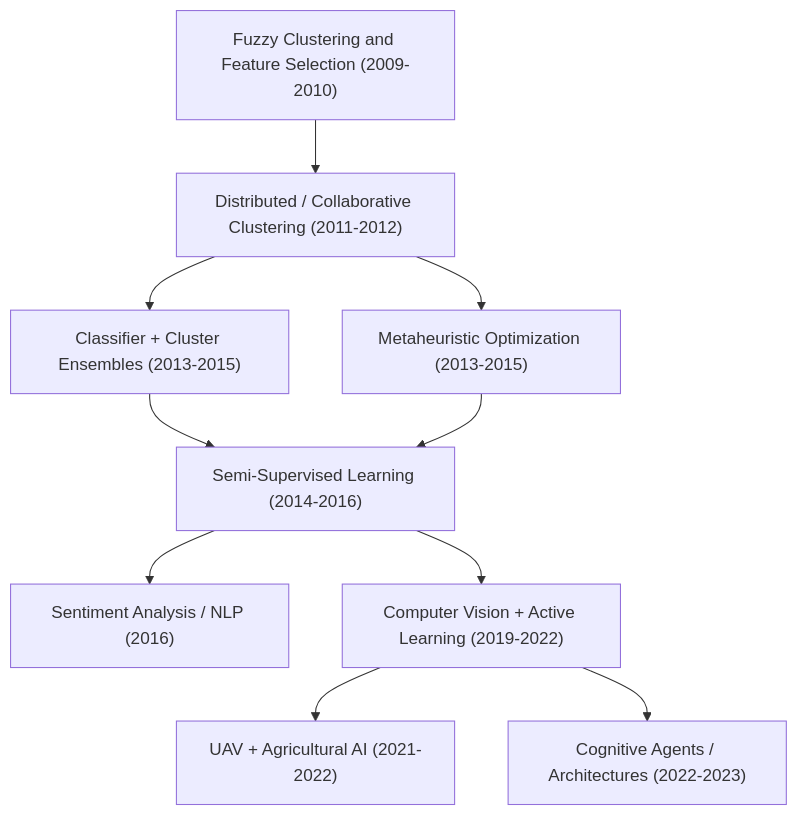
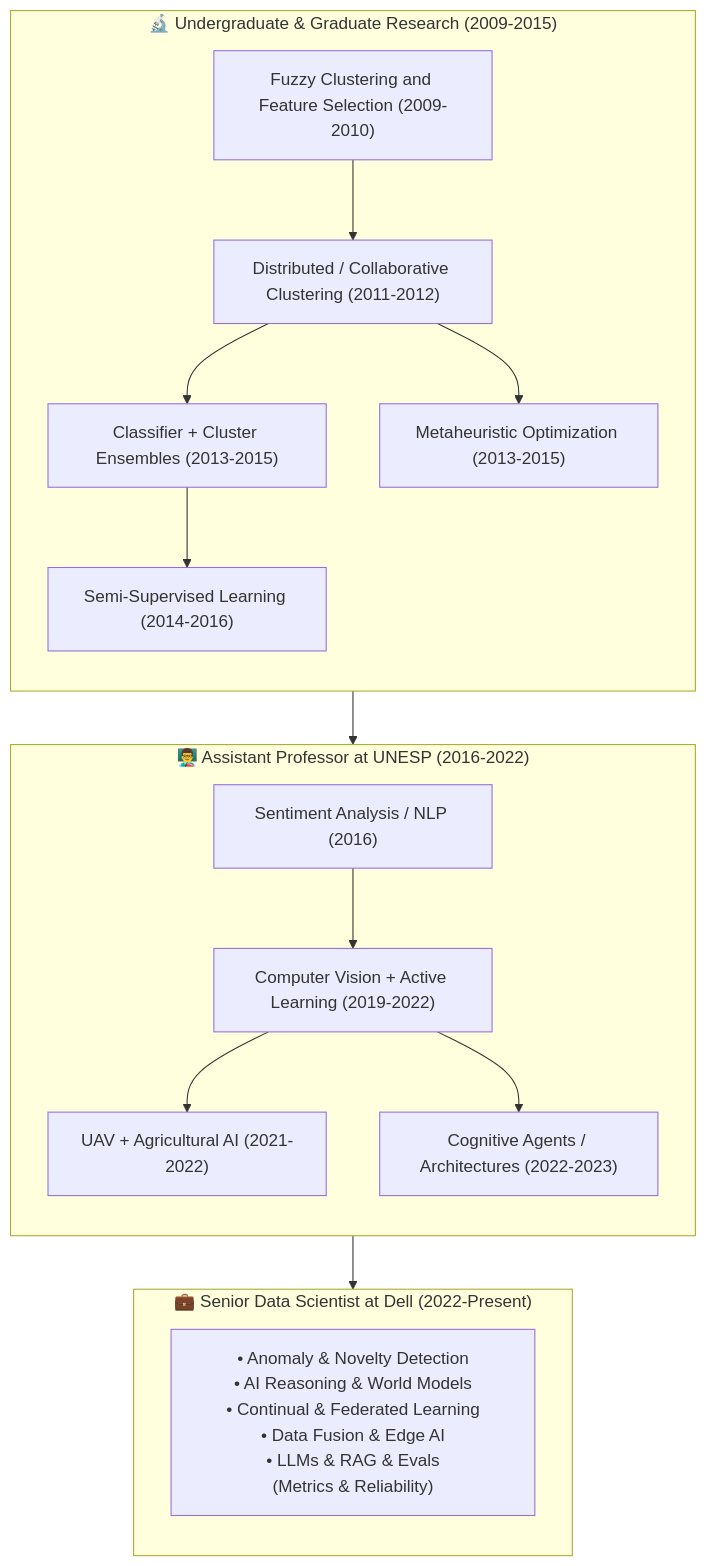
Before and after one commit to luizcoletta/luizcoletta.github.io: the diagram in _pages/publications.md, drawn with Mermaid. The commit also changed other lines of this file, not shown here.

Commit message:
feat: new publications page

```diff
--- a/_pages/publications.md
+++ b/_pages/publications.md
@@ -129,12 +129,26 @@
 <div class="mermaid">
 flowchart TD
-    A["Fuzzy Clustering and Feature Selection (2009-2010)"] --> B["Distributed / Collaborative Clustering (2011-2012)"]
-    B --> C["Classifier + Cluster Ensembles (2013-2015)"]
-    B --> D["Metaheuristic Optimization (2013-2015)"]
-    C --> E["Semi-Supervised Learning (2014-2016)"]
-    D --> E
-    E --> F["Sentiment Analysis / NLP (2016)"]
-    E --> G["Computer Vision + Active Learning (2019-2022)"]
-    G --> H["UAV + Agricultural AI (2021-2022)"]
-    G --> I["Cognitive Agents / Architectures (2022-2023)"]
+    subgraph Phase1["🔬 Undergraduate & Graduate Research (2009-2015)"]
+        direction TB
+        A["Fuzzy Clustering and Feature Selection (2009-2010)"] --> B["Distributed / Collaborative Clustering (2011-2012)"]
+        B --> C["Classifier + Cluster Ensembles (2013-2015)"]
+        B --> D["Metaheuristic Optimization (2013-2015)"]
+        C --> E["Semi-Supervised Learning (2014-2016)"]
+    end
+
+    subgraph Phase2["👨‍🏫 Assistant Professor at UNESP (2016-2022)"]
+        direction TB
+        F["Sentiment Analysis / NLP (2016)"]
+        F --> G["Computer Vision + Active Learning (2019-2022)"]
+        G --> H["UAV + Agricultural AI (2021-2022)"]
+        G --> I["Cognitive Agents / Architectures (2022-2023)"]
+    end
+
+    subgraph Phase3["💼 Senior Data Scientist at Dell (2022-Present)"]
+        direction TB
+        J["<div style='width: 280px'>• Anomaly & Novelty Detection<br/>• AI Reasoning & World Models<br/>• Continual & Federated Learning<br/>• Data Fusion & Edge AI<br/>• LLMs & RAG & Evals<br/>(Metrics & Reliability)</div>"]
+    end
+
+    Phase1 --> Phase2 --> Phase3
+
 </div>
```
